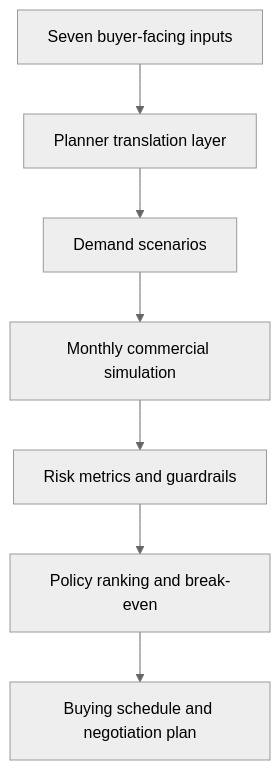
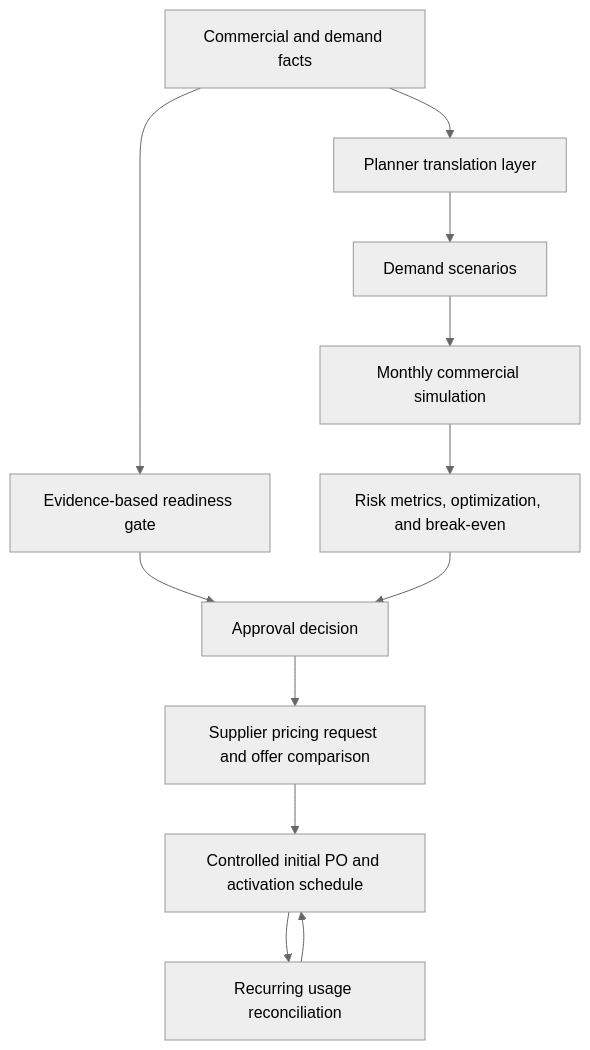
Before and after one commit to arunbalajiraju-proc/software-commitment-ramp-optimizer: the diagram in docs/architecture.md, drawn with Mermaid (neutral theme). The commit also changed other lines of this file and 39 other files, not shown here.

````diff
--- a/docs/architecture.md
+++ b/docs/architecture.md
@@ -9,9 +9,14 @@
 ```mermaid
 flowchart TD
-    A["Seven buyer-facing inputs"] --> B["Planner translation layer"]
-    B --> C["Demand scenarios"]
-    C --> D["Monthly commercial simulation"]
-    D --> E["Risk metrics and guardrails"]
-    E --> F["Policy ranking and break-even"]
-    F --> G["Buying schedule and negotiation plan"]
+    A["Commercial and demand facts"] --> B["Evidence-based readiness gate"]
+    A --> C["Planner translation layer"]
+    C --> D["Demand scenarios"]
+    D --> E["Monthly commercial simulation"]
+    E --> F["Risk metrics, optimization, and break-even"]
+    B --> G["Approval decision"]
+    F --> G
+    G --> H["Supplier pricing request and offer comparison"]
+    H --> I["Controlled initial PO and activation schedule"]
+    I --> J["Recurring usage reconciliation"]
+    J --> I
 ```
````
